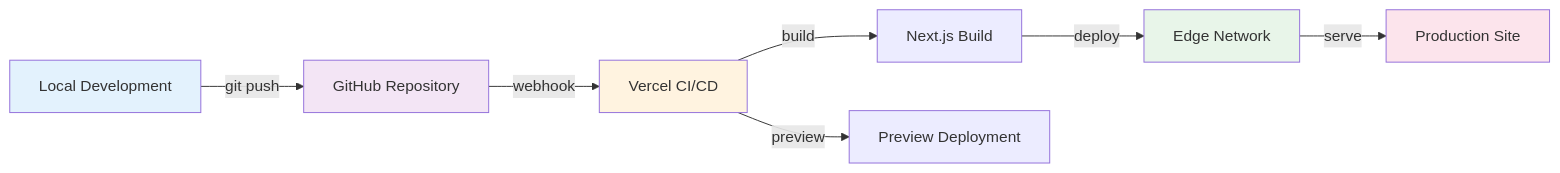
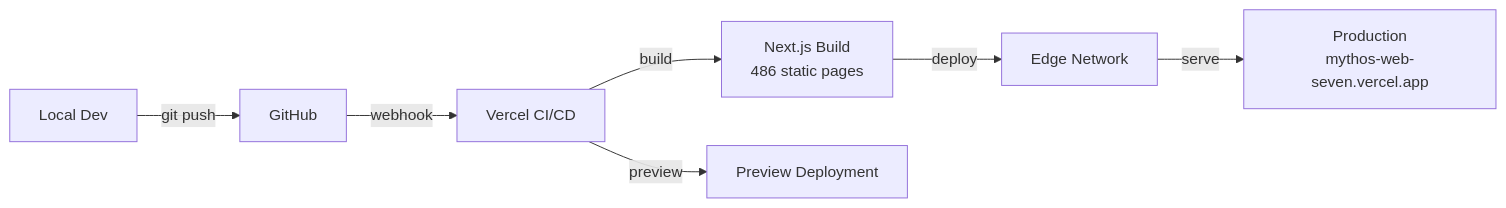
The fifth of 5 diagrams in ARCHITECTURE.md (forbiddenlink/mythos), drawn with Mermaid before and after one commit. The commit also changed other lines of this file and 2 other files, not shown here.

First line of the commit message:
docs: rewrite README, ARCHITECTURE with accurate data and versions

````diff
--- a/ARCHITECTURE.md
+++ b/ARCHITECTURE.md
@@ -312,16 +244,9 @@
 ```mermaid
 graph LR
-    A[Local Development] -->|git push| B[GitHub Repository]
+    A[Local Dev] -->|git push| B[GitHub]
     B -->|webhook| C[Vercel CI/CD]
-    C -->|build| D[Next.js Build]
+    C -->|build| D[Next.js Build<br/>486 static pages]
     D -->|deploy| E[Edge Network]
-    E -->|serve| F[Production Site]
-    
+    E -->|serve| F[Production<br/>mythos-web-seven.vercel.app]
     C -->|preview| G[Preview Deployment]
-    
-    style A fill:#e3f2fd
-    style B fill:#f3e5f5
-    style C fill:#fff3e0
-    style E fill:#e8f5e9
-    style F fill:#fce4ec
 ```
````
